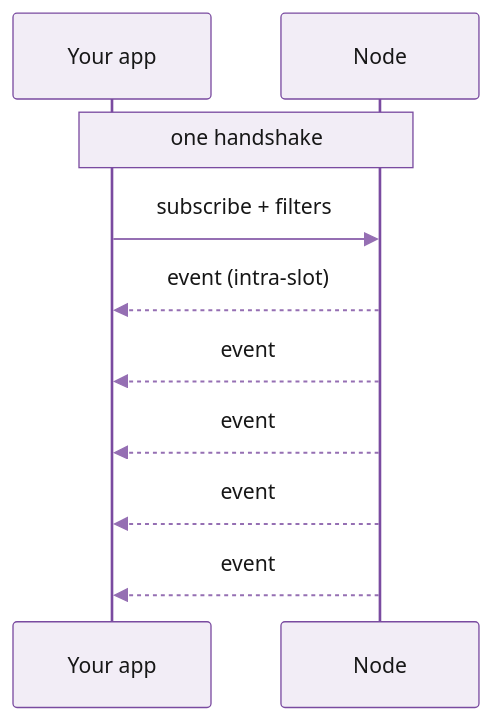
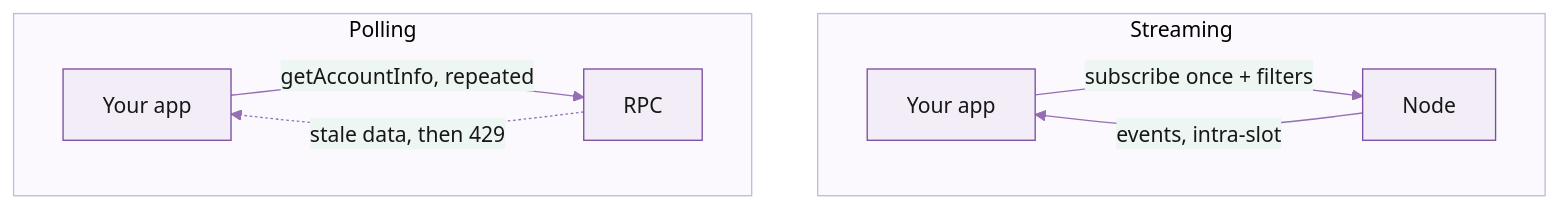
The diagram in documentation/real-time-streaming.md (praptisharma28/triton-docs-v5), drawn with Mermaid before and after one commit. The commit also changed other lines of this file, not shown here.

Commit message:
Streaming overview: combine polling/streaming into one side-by-side diagram, drop the two headlines

````diff
--- a/documentation/real-time-streaming.md
+++ b/documentation/real-time-streaming.md
@@ -30,13 +13,15 @@
 ```mermaid
-%%{init: {'theme':'base','themeVariables':{'primaryColor':'#F2EDF6','primaryBorderColor':'#7A4BA0','primaryTextColor':'#171717','lineColor':'#956FB3','actorBkg':'#F2EDF6','actorBorder':'#7A4BA0','actorTextColor':'#171717','signalColor':'#956FB3','signalTextColor':'#171717','noteBkgColor':'#F2EDF6','noteBorderColor':'#7A4BA0','noteTextColor':'#171717','labelBoxBkgColor':'#E4DBEC','labelBoxBorderColor':'#7A4BA0'}}}%%
-sequenceDiagram
-    participant C as Your app
-    participant S as Node
-    Note over C,S: one handshake
-    C->>S: subscribe + filters
-    S-->>C: event (intra-slot)
-    S-->>C: event
-    S-->>C: event
-    S-->>C: event
-    S-->>C: event
+%%{init: {'theme':'base','themeVariables':{'primaryColor':'#F2EDF6','primaryBorderColor':'#7A4BA0','primaryTextColor':'#171717','lineColor':'#956FB3','clusterBkg':'#FBF9FD','clusterBorder':'#C9B6DC'}}}%%
+flowchart LR
+    subgraph P["Polling"]
+        direction LR
+        pa["Your app"] -->|"getAccountInfo, repeated"| pr["RPC"]
+        pr -. "stale data, then 429" .-> pa
+    end
+    subgraph S["Streaming"]
+        direction LR
+        sa["Your app"] -->|"subscribe once + filters"| sn["Node"]
+        sn -->|"events, intra-slot"| sa
+    end
+    P ~~~ S
 ```
````
